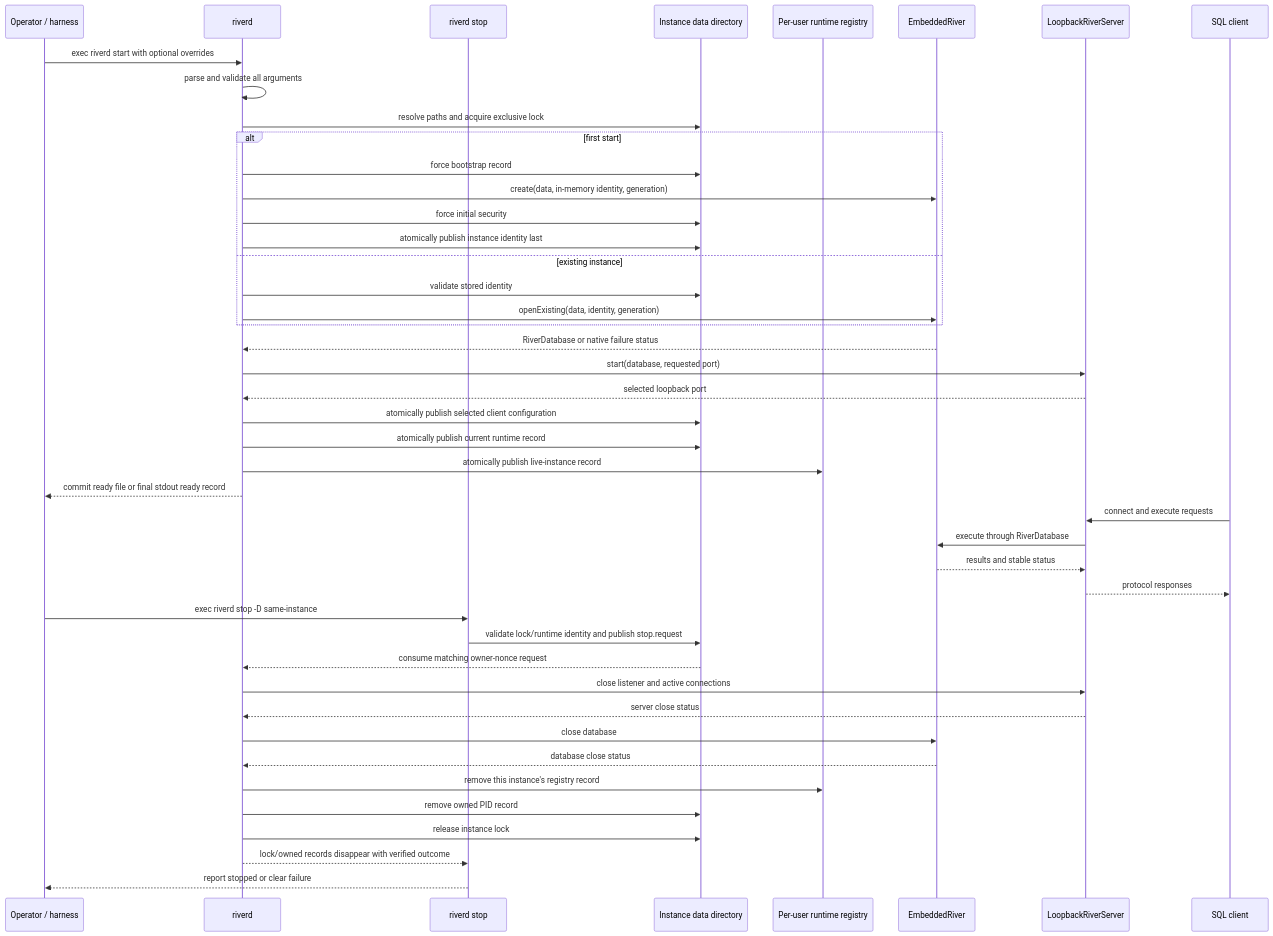
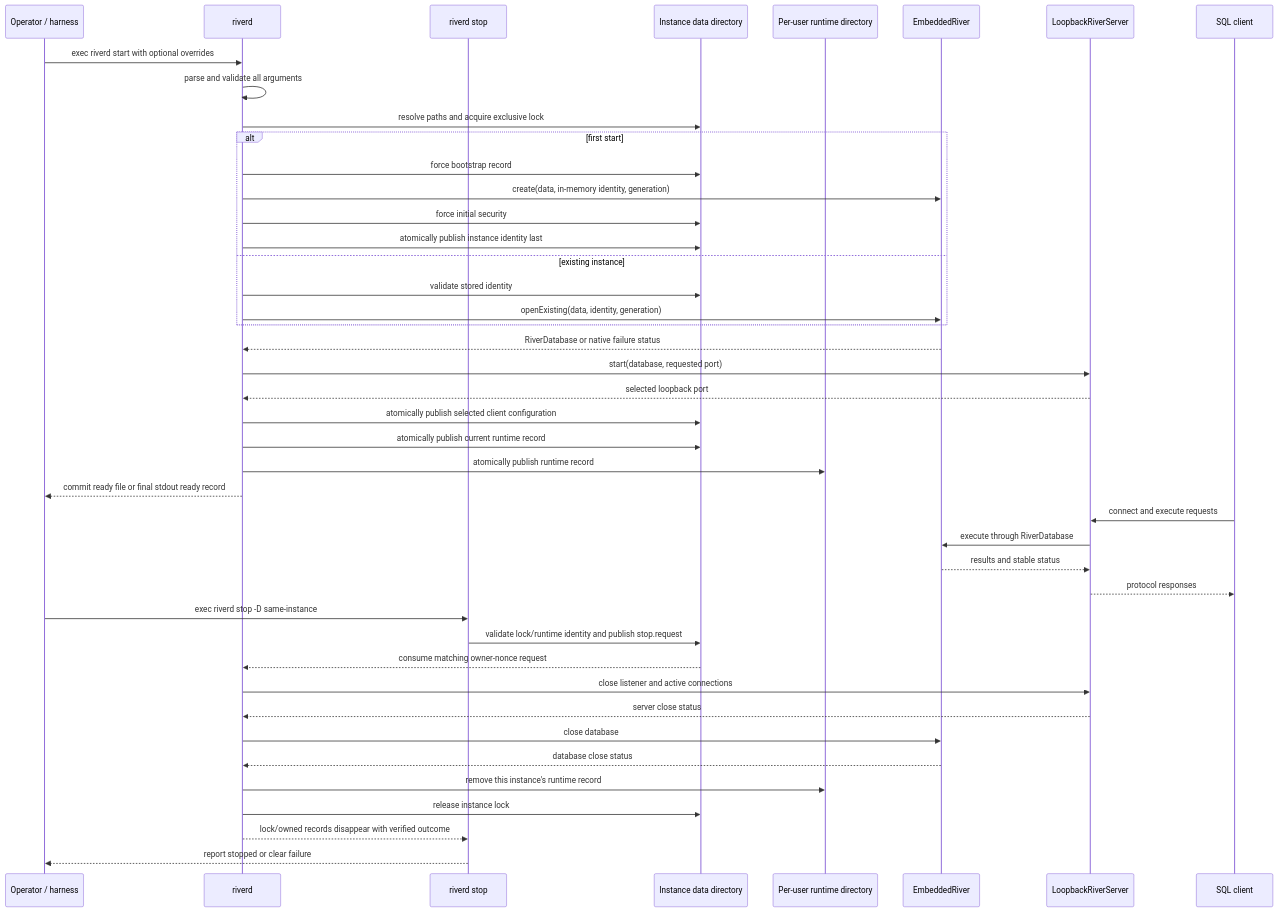
One commit to blater/river changed the second of 2 diagrams in docs/plans/riverd-standalone-server-plan.md. Above: the diagram before and after it, drawn with Mermaid. The commit also changed other lines of this file and 19 other files, not shown here.

First line of the commit message:
Discover server instances from one runtime record

````diff
--- a/docs/plans/riverd-standalone-server-plan.md
+++ b/docs/plans/riverd-standalone-server-plan.md
@@ -109,47 +109,46 @@
 ```mermaid
 sequenceDiagram
   participant C as Operator / harness
   participant D as riverd
   participant T as riverd stop
   participant H as Instance data directory
-  participant R as Per-user runtime registry
+  participant R as Per-user runtime directory
   participant E as EmbeddedRiver
   participant S as LoopbackRiverServer
   participant Q as SQL client
 
   C->>D: exec riverd start with optional overrides
   D->>D: parse and validate all arguments
   D->>H: resolve paths and acquire exclusive lock
   alt first start
     D->>H: force bootstrap record
     D->>E: create(data, in-memory identity, generation)
     D->>H: force initial security
     D->>H: atomically publish instance identity last
   else existing instance
     D->>H: validate stored identity
     D->>E: openExisting(data, identity, generation)
   end
   E-->>D: RiverDatabase or native failure status
   D->>S: start(database, requested port)
   S-->>D: selected loopback port
   D->>H: atomically publish selected client configuration
   D->>H: atomically publish current runtime record
-  D->>R: atomically publish live-instance record
+  D->>R: atomically publish runtime record
   D-->>C: commit ready file or final stdout ready record
   Q->>S: connect and execute requests
   S->>E: execute through RiverDatabase
   E-->>S: results and stable status
   S-->>Q: protocol responses
   C->>T: exec riverd stop -D same-instance
   T->>H: validate lock/runtime identity and publish stop.request
   H-->>D: consume matching owner-nonce request
   D->>S: close listener and active connections
   S-->>D: server close status
   D->>E: close database
   E-->>D: database close status
-  D->>R: remove this instance's registry record
-  D->>H: remove owned PID record
+  D->>R: remove this instance's runtime record
   D->>H: release instance lock
   D-->>T: lock/owned records disappear with verified outcome
   T-->>C: report stopped or clear failure
 ```
````
